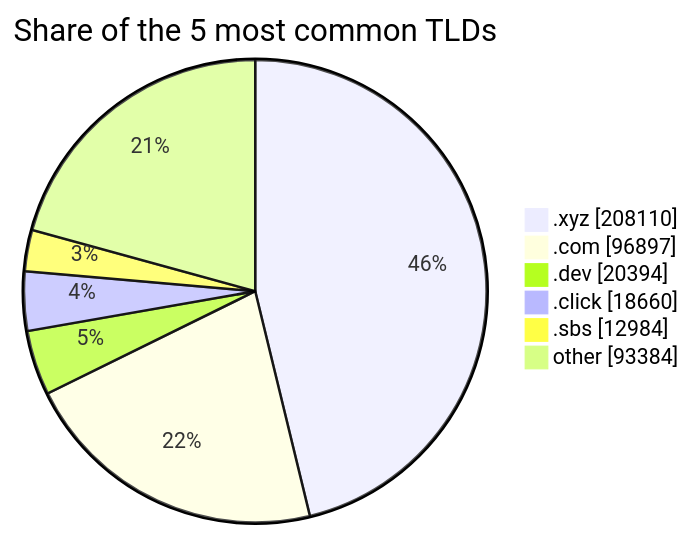
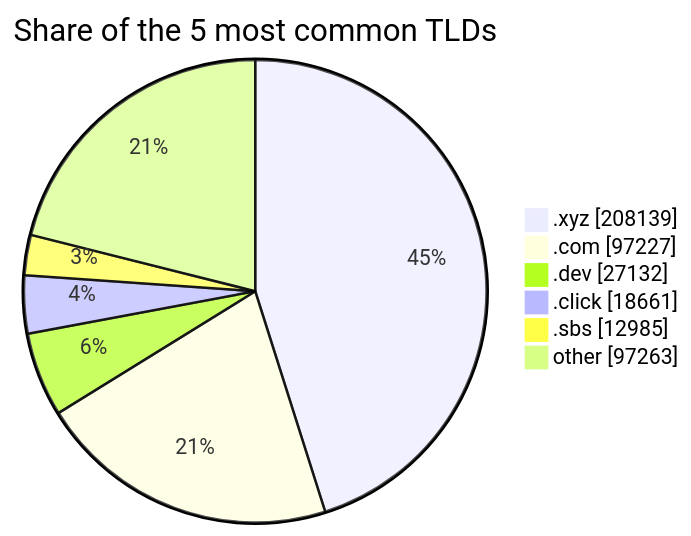
One commit to DNSBunker/CTI changed the second of 2 diagrams in README.md. Above: the diagram before and after it, drawn with Mermaid. The commit also changed other lines of this file and 3 other files, not shown here.

````diff
--- a/README.md
+++ b/README.md
@@ -72,9 +72,9 @@
 ```mermaid
 pie showData title Share of the 5 most common TLDs
-    ".xyz" : 208110
-    ".com" : 96897
-    ".dev" : 20394
-    ".click" : 18660
-    ".sbs" : 12984
-    "other" : 93384
+    ".xyz" : 208139
+    ".com" : 97227
+    ".dev" : 27132
+    ".click" : 18661
+    ".sbs" : 12985
+    "other" : 97263
 ```
````
